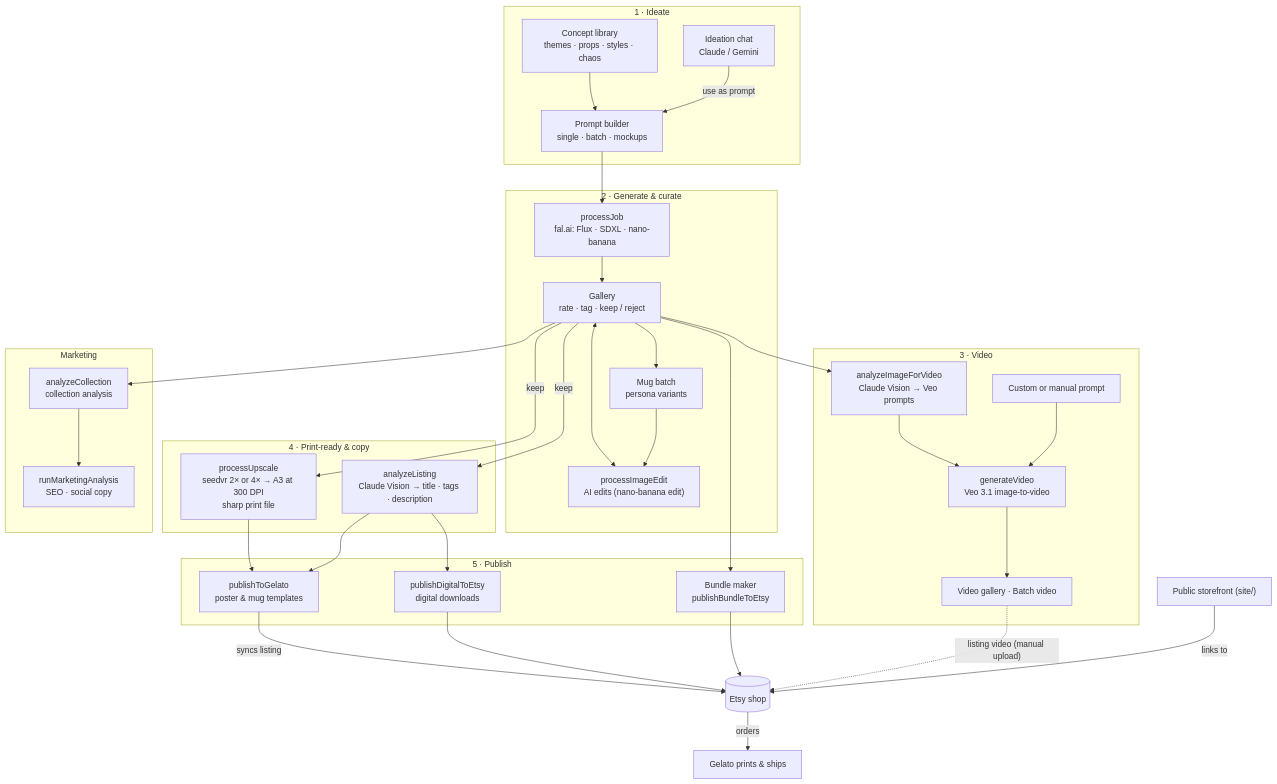
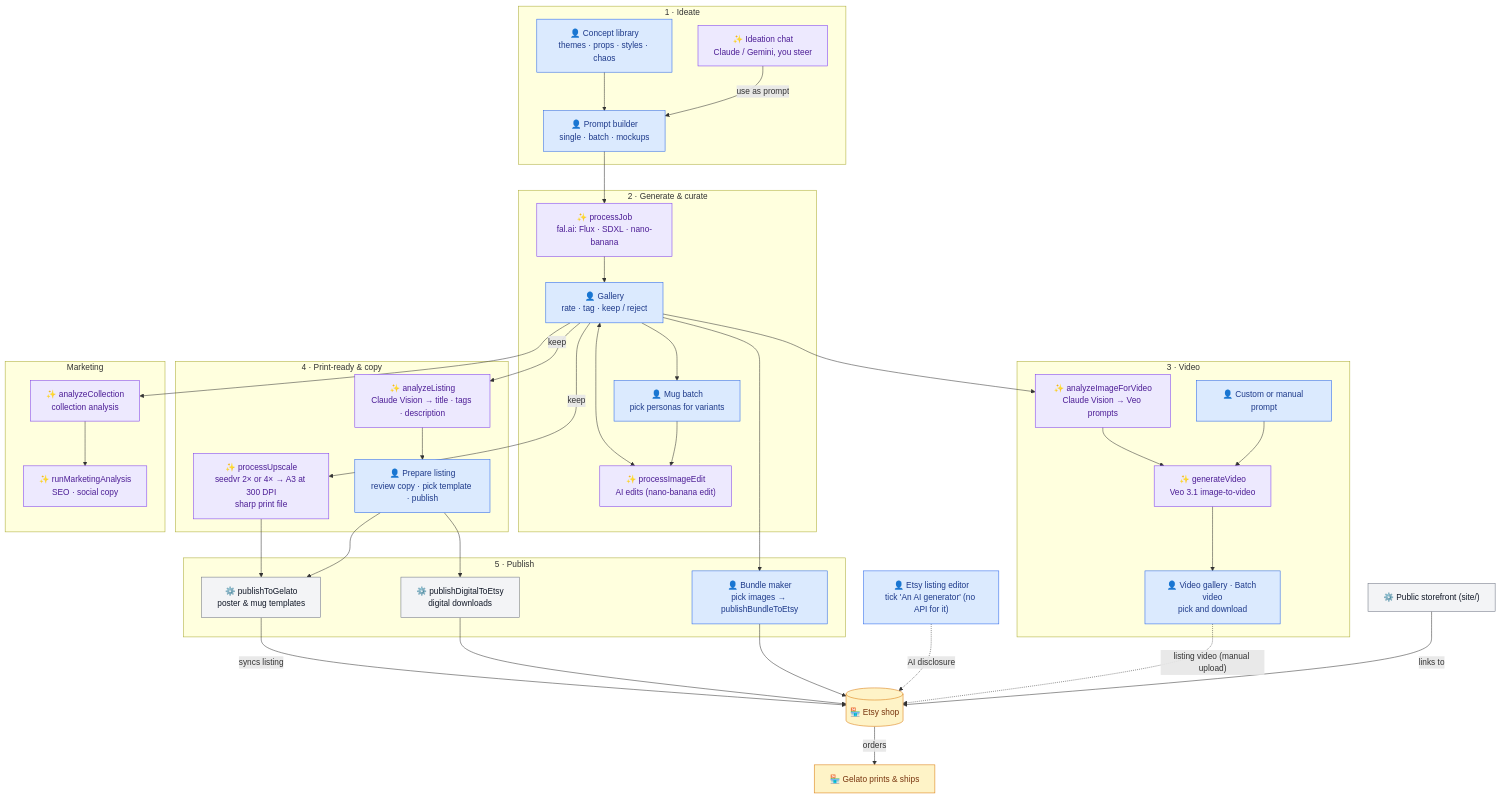
One commit to booleandifference/art-factory changed the diagram in README.md. Above: the diagram before and after it, drawn with Mermaid. The commit also changed other lines of this file, not shown here.

Commit message:
Show who does each step in the README flow diagram
Colour-code every box as you (decisions), AI (heavy lifting), automated
(plain code) or external (Etsy, Gelato), with matching icons and a
legend. Add the two manual steps the diagram was missing: reviewing the
listing before publishing, and ticking Etsy's "An AI generator" box,
which the Etsy API can't set.

````diff
--- a/README.md
+++ b/README.md
@@ -9,67 +9,80 @@
 ```mermaid
 flowchart TD
   subgraph IDEATE["1 · Ideate"]
-    concepts["Concept library<br/>themes · props · styles · chaos"]
-    chat["Ideation chat<br/>Claude / Gemini"]
-    builder["Prompt builder<br/>single · batch · mockups"]
+    concepts["👤 Concept library<br/>themes · props · styles · chaos"]
+    chat["✨ Ideation chat<br/>Claude / Gemini, you steer"]
+    builder["👤 Prompt builder<br/>single · batch · mockups"]
     concepts --> builder
     chat -- "use as prompt" --> builder
   end
 
   subgraph CREATE["2 · Generate & curate"]
-    gen["processJob<br/>fal.ai: Flux · SDXL · nano-banana"]
-    gallery["Gallery<br/>rate · tag · keep / reject"]
-    edit["processImageEdit<br/>AI edits (nano-banana edit)"]
-    mugs["Mug batch<br/>persona variants"]
+    gen["✨ processJob<br/>fal.ai: Flux · SDXL · nano-banana"]
+    gallery["👤 Gallery<br/>rate · tag · keep / reject"]
+    edit["✨ processImageEdit<br/>AI edits (nano-banana edit)"]
+    mugs["👤 Mug batch<br/>pick personas for variants"]
     gen --> gallery
     gallery <--> edit
     gallery --> mugs --> edit
   end
 
   subgraph VIDEO["3 · Video"]
-    vprompt["analyzeImageForVideo<br/>Claude Vision → Veo prompts"]
-    vcustom["Custom or manual prompt"]
-    veo["generateVideo<br/>Veo 3.1 image-to-video"]
-    vgallery["Video gallery · Batch video"]
+    vprompt["✨ analyzeImageForVideo<br/>Claude Vision → Veo prompts"]
+    vcustom["👤 Custom or manual prompt"]
+    veo["✨ generateVideo<br/>Veo 3.1 image-to-video"]
+    vgallery["👤 Video gallery · Batch video<br/>pick and download"]
     vprompt --> veo
     vcustom --> veo
     veo --> vgallery
   end
 
   subgraph READY["4 · Print-ready & copy"]
-    upscale["processUpscale<br/>seedvr 2× or 4× → A3 at 300 DPI<br/>sharp print file"]
-    listing["analyzeListing<br/>Claude Vision → title · tags · description"]
+    upscale["✨ processUpscale<br/>seedvr 2× or 4× → A3 at 300 DPI<br/>sharp print file"]
+    listing["✨ analyzeListing<br/>Claude Vision → title · tags · description"]
+    review["👤 Prepare listing<br/>review copy · pick template · publish"]
+    listing --> review
   end
 
   subgraph PUBLISH["5 · Publish"]
-    gelato["publishToGelato<br/>poster & mug templates"]
-    digital["publishDigitalToEtsy<br/>digital downloads"]
-    bundle["Bundle maker<br/>publishBundleToEtsy"]
+    gelato["⚙️ publishToGelato<br/>poster & mug templates"]
+    digital["⚙️ publishDigitalToEtsy<br/>digital downloads"]
+    bundle["👤 Bundle maker<br/>pick images → publishBundleToEtsy"]
   end
 
   subgraph MARKET["Marketing"]
-    analysis["analyzeCollection<br/>collection analysis"]
-    marketing["runMarketingAnalysis<br/>SEO · social copy"]
+    analysis["✨ analyzeCollection<br/>collection analysis"]
+    marketing["✨ runMarketingAnalysis<br/>SEO · social copy"]
     analysis --> marketing
   end
 
-  etsy[("Etsy shop")]
-  printing["Gelato prints & ships"]
-  site["Public storefront (site/)"]
+  etsy[("🏪 Etsy shop")]
+  aibox["👤 Etsy listing editor<br/>tick 'An AI generator' (no API for it)"]
+  printing["🏪 Gelato prints & ships"]
+  site["⚙️ Public storefront (site/)"]
 
   builder --> gen
   gallery -- "keep" --> upscale
   gallery -- "keep" --> listing
   gallery --> vprompt
   gallery --> analysis
   upscale --> gelato
-  listing --> gelato
-  listing --> digital
+  review --> gelato
+  review --> digital
   gallery --> bundle
   gelato -- "syncs listing" --> etsy
   digital --> etsy
   bundle --> etsy
+  aibox -. "AI disclosure" .-> etsy
   vgallery -. "listing video (manual upload)" .-> etsy
   etsy -- "orders" --> printing
   site -- "links to" --> etsy
+
+  classDef you fill:#dbeafe,stroke:#2563eb,color:#1e3a8a
+  classDef ai fill:#ede9fe,stroke:#7c3aed,color:#4c1d95
+  classDef auto fill:#f3f4f6,stroke:#6b7280,color:#111827
+  classDef ext fill:#fef3c7,stroke:#d97706,color:#78350f
+  class concepts,builder,gallery,mugs,vcustom,vgallery,review,bundle,aibox you
+  class chat,gen,edit,vprompt,veo,upscale,listing,analysis,marketing ai
+  class gelato,digital,site auto
+  class etsy,printing ext
 ```
````
